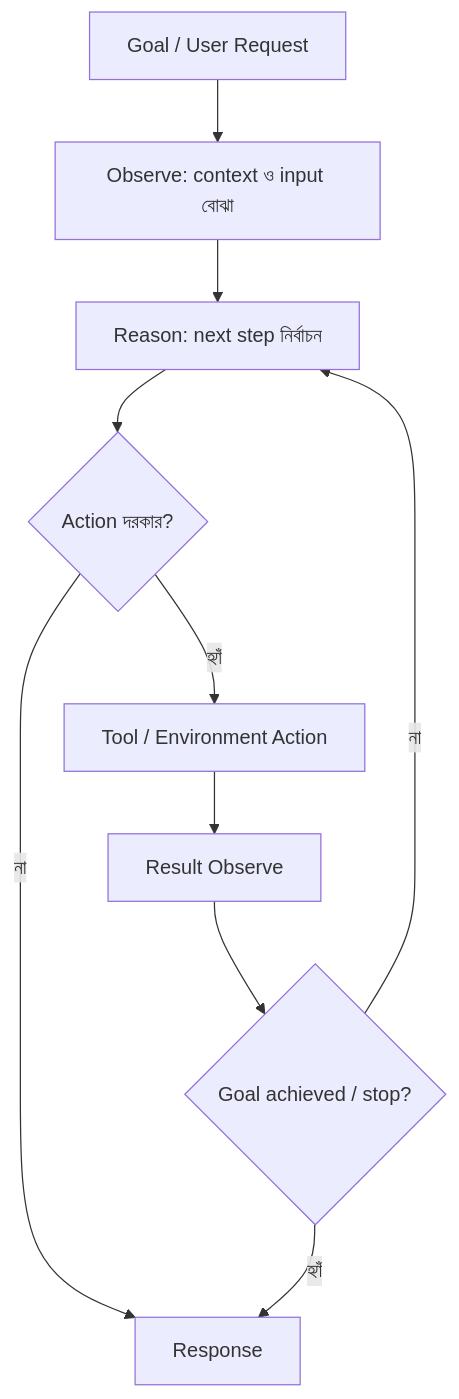
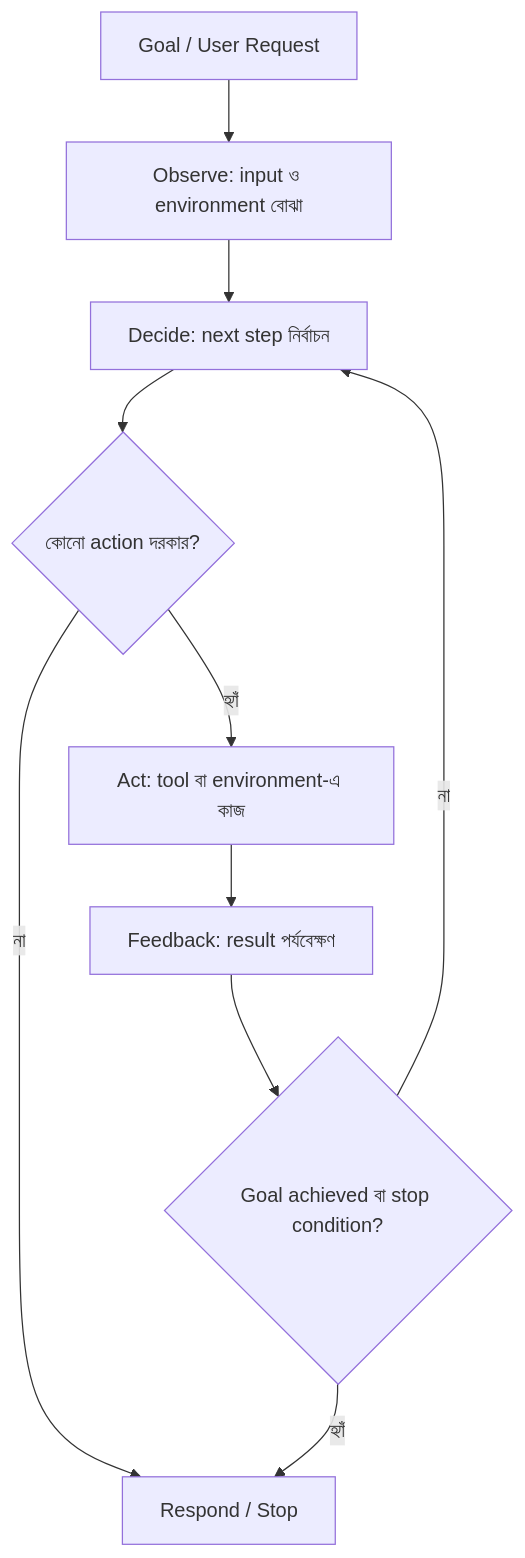
Before and after one commit to shomi-khan/preparation: the diagram in notes/module-01-from-answering-to-doing/01-what-makes-an-agent.md, drawn with Mermaid. The commit also changed other lines of this file, not shown here.

````diff
--- a/notes/module-01-from-answering-to-doing/01-what-makes-an-agent.md
+++ b/notes/module-01-from-answering-to-doing/01-what-makes-an-agent.md
@@ -19,12 +30,12 @@
 ```mermaid
 flowchart TD
-    A[Goal / User Request] --> B[Observe: context ও input বোঝা]
-    B --> C[Reason: next step নির্বাচন]
-    C --> D{Action দরকার?}
-    D -- না --> E[Response]
-    D -- হ্যাঁ --> F[Tool / Environment Action]
-    F --> G[Result Observe]
-    G --> H{Goal achieved / stop?}
+    A[Goal / User Request] --> B[Observe: input ও environment বোঝা]
+    B --> C[Decide: next step নির্বাচন]
+    C --> D{কোনো action দরকার?}
+    D -- না --> E[Respond / Stop]
+    D -- হ্যাঁ --> F[Act: tool বা environment-এ কাজ]
+    F --> G[Feedback: result পর্যবেক্ষণ]
+    G --> H{Goal achieved বা stop condition?}
     H -- না --> C
     H -- হ্যাঁ --> E
 ```
````
